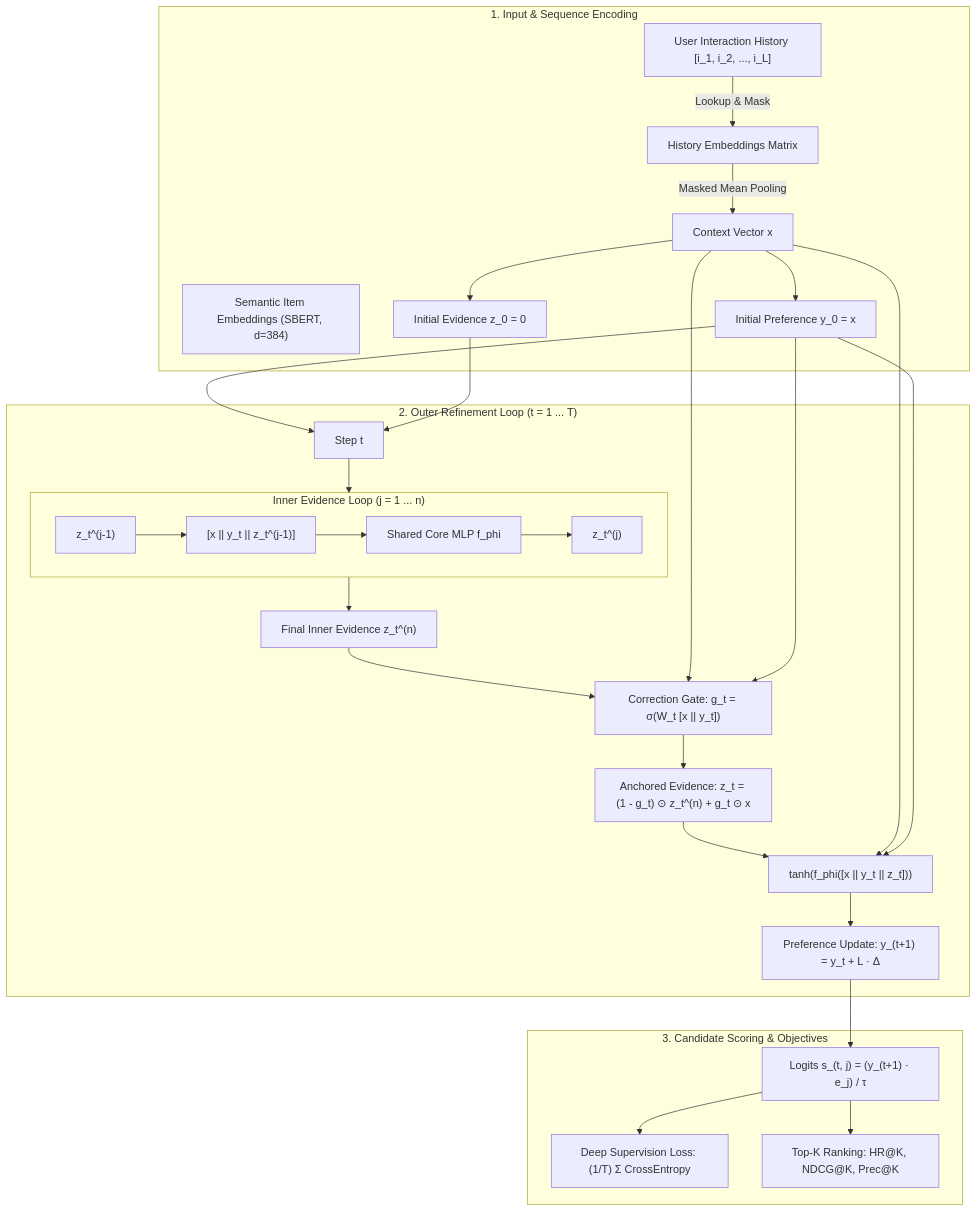
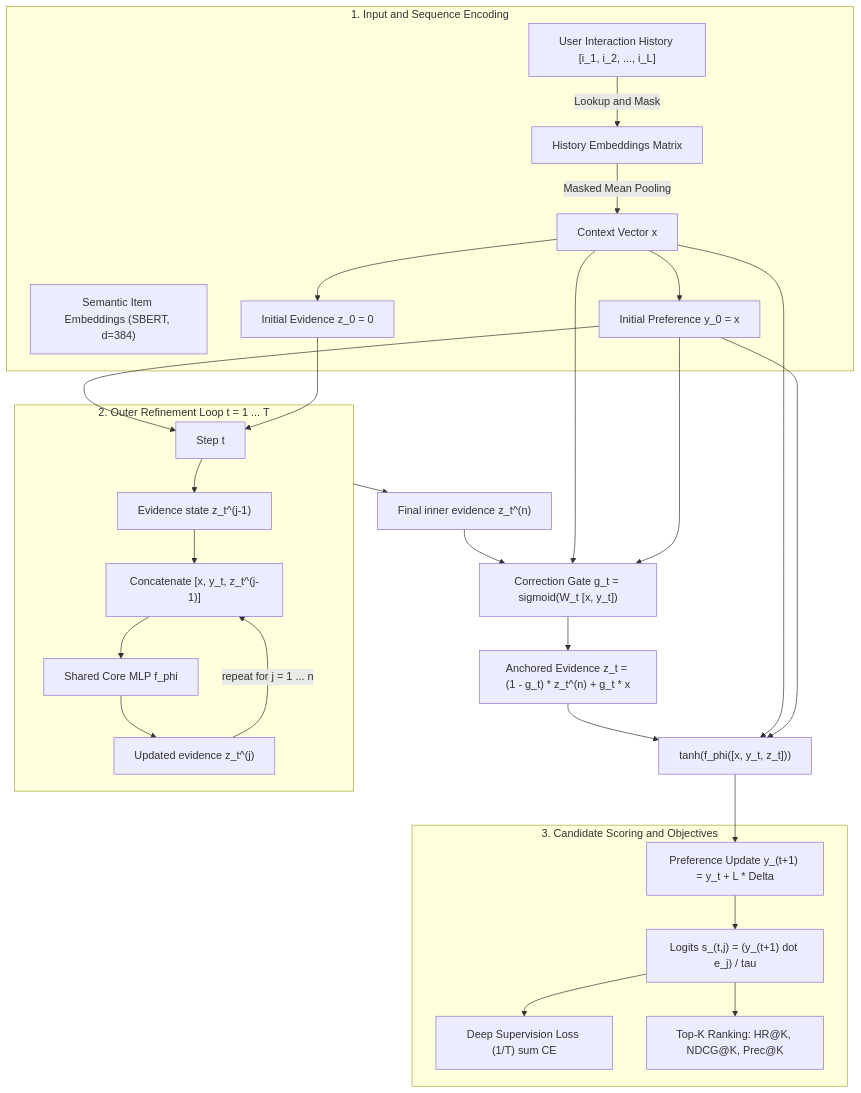
Before and after one commit to Chrisolande/latent-refinement-recsys: the diagram in README.md, drawn with Mermaid. The commit also changed other lines of this file and 1 other file, not shown here.

Commit message:
Point project URLs at latent-refinement-recsys and fix Mermaid diagram rendering

````diff
--- a/README.md
+++ b/README.md
@@ -27,36 +27,41 @@
 ```mermaid
 flowchart TD
-    subgraph Data["1. Input & Sequence Encoding"]
+    subgraph Data["1. Input and Sequence Encoding"]
         H["User Interaction History [i_1, i_2, ..., i_L]"]
         E["Semantic Item Embeddings (SBERT, d=384)"]
-        H -->|Lookup & Mask| HE["History Embeddings Matrix"]
-        HE -->|Masked Mean Pooling| X["Context Vector x"]
+        H -->|"Lookup and Mask"| HE["History Embeddings Matrix"]
+        HE -->|"Masked Mean Pooling"| X["Context Vector x"]
         X --> Y0["Initial Preference y_0 = x"]
         X --> Z0["Initial Evidence z_0 = 0"]
     end
 
-    subgraph Refinement["2. Outer Refinement Loop (t = 1 ... T)"]
-        Y0 & Z0 --> StepT["Step t"]
-        
-        subgraph InnerLoop["Inner Evidence Loop (j = 1 ... n)"]
-            ZPrev["z_t^(j-1)"] --> ConcatInner["[x || y_t || z_t^(j-1)]"]
-            ConcatInner --> FPhiInner["Shared Core MLP f_phi"]
-            FPhiInner --> ZNext["z_t^(j)"]
-        end
-        
-        StepT --> InnerLoop
-        InnerLoop --> ZEvidence["Final Inner Evidence z_t^(n)"]
-        
-        ZEvidence & X & Y0 --> Gate["Correction Gate: g_t = σ(W_t [x || y_t])"]
-        Gate --> ZAnchored["Anchored Evidence: z_t = (1 - g_t) ⊙ z_t^(n) + g_t ⊙ x"]
-        
-        ZAnchored & X & Y0 --> CoreUpdate["tanh(f_phi([x || y_t || z_t]))"]
-        CoreUpdate --> Residual["Preference Update: y_(t+1) = y_t + L · Δ"]
+    Y0 --> StepT["Step t"]
+    Z0 --> StepT
+
+    subgraph Refinement["2. Outer Refinement Loop t = 1 ... T"]
+        StepT --> ZPrev["Evidence state z_t^(j-1)"]
+        ZPrev --> ConcatInner["Concatenate [x, y_t, z_t^(j-1)]"]
+        ConcatInner --> FPhiInner["Shared Core MLP f_phi"]
+        FPhiInner --> ZNext["Updated evidence z_t^(j)"]
+        ZNext -->|"repeat for j = 1 ... n"| ConcatInner
     end
 
-    subgraph Scoring["3. Candidate Scoring & Objectives"]
-        Residual --> Logits["Logits s_(t, j) = (y_(t+1) · e_j) / τ"]
-        Logits --> Loss["Deep Supervision Loss: (1/T) Σ CrossEntropy"]
+    InnerOut["Final inner evidence z_t^(n)"]
+    Refinement --> InnerOut
+
+    InnerOut --> Gate["Correction Gate g_t = sigmoid(W_t [x, y_t])"]
+    X --> Gate
+    Y0 --> Gate
+    Gate --> ZAnchored["Anchored Evidence z_t = (1 - g_t) * z_t^(n) + g_t * x"]
+
+    ZAnchored --> CoreUpdate["tanh(f_phi([x, y_t, z_t]))"]
+    X --> CoreUpdate
+    Y0 --> CoreUpdate
+    CoreUpdate --> Residual["Preference Update y_(t+1) = y_t + L * Delta"]
+
+    subgraph Scoring["3. Candidate Scoring and Objectives"]
+        Residual --> Logits["Logits s_(t,j) = (y_(t+1) dot e_j) / tau"]
+        Logits --> Loss["Deep Supervision Loss (1/T) sum CE"]
         Logits --> Eval["Top-K Ranking: HR@K, NDCG@K, Prec@K"]
     end
 ```
````
